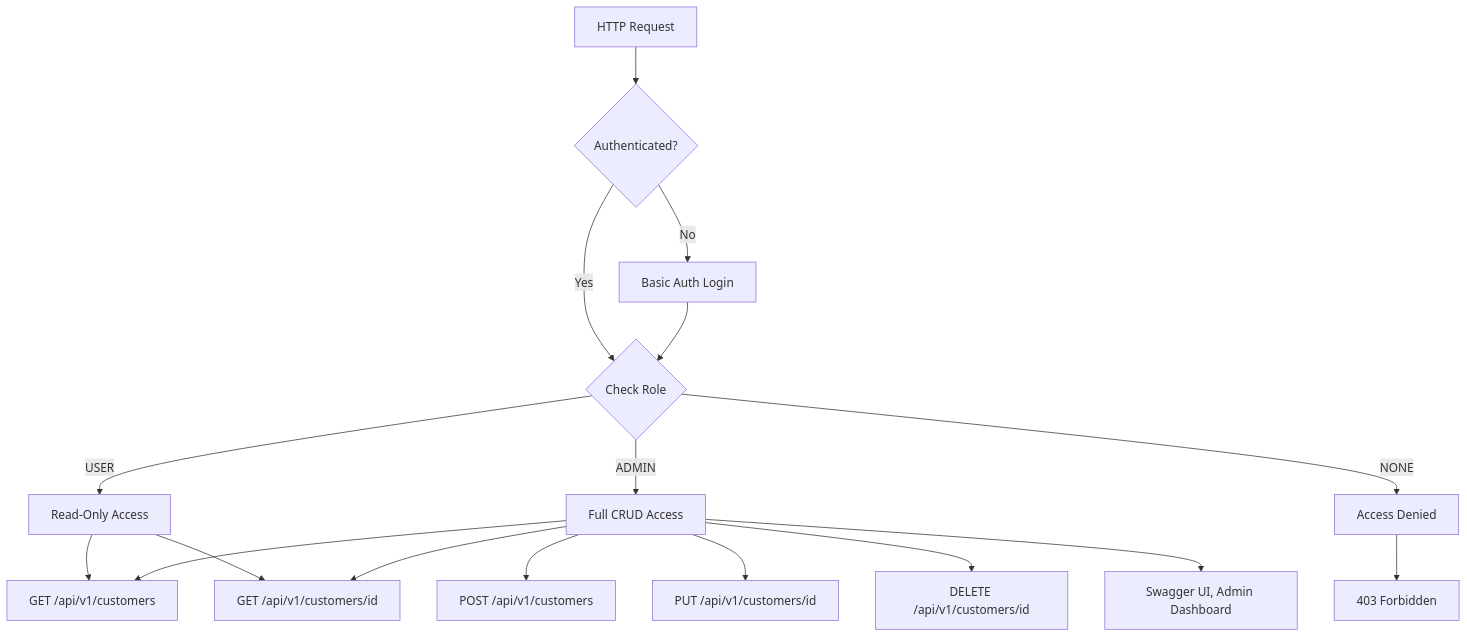
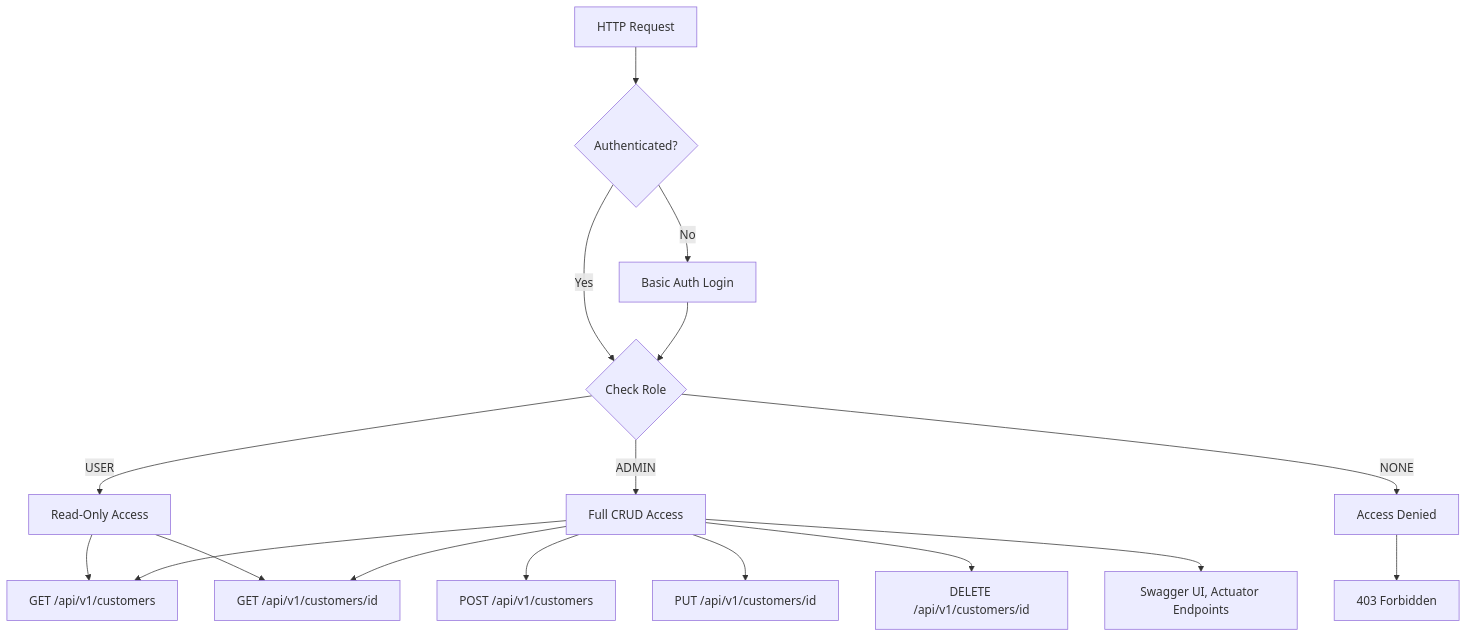
Before and after one commit to psticea/tekmetric-interview: the fourth of 6 diagrams in backend/documentation.md, drawn with Mermaid. The commit also changed other lines of this file, not shown here.

````diff
--- a/backend/documentation.md
+++ b/backend/documentation.md
@@ -112,23 +112,23 @@
 ```mermaid
 graph TD
     Request[HTTP Request] --> Auth{Authenticated?}
     Auth -->|No| Login[Basic Auth Login]
     Auth -->|Yes| Role{Check Role}
     Login --> Role
     
     Role -->|USER| ReadOnly[Read-Only Access]
     Role -->|ADMIN| FullAccess[Full CRUD Access]
     Role -->|NONE| Denied[Access Denied]
     
     ReadOnly --> GetCustomers[GET /api/v1/customers]
     ReadOnly --> GetCustomer[GET /api/v1/customers/id]
     
     FullAccess --> GetCustomers
     FullAccess --> GetCustomer
     FullAccess --> CreateCustomer[POST /api/v1/customers]
     FullAccess --> UpdateCustomer[PUT /api/v1/customers/id]
     FullAccess --> DeleteCustomer[DELETE /api/v1/customers/id]
-    FullAccess --> AdminFeatures[Swagger UI, Admin Dashboard]
+    FullAccess --> AdminFeatures[Swagger UI, Actuator Endpoints]
     
     Denied --> Error403[403 Forbidden]
 ```
````
